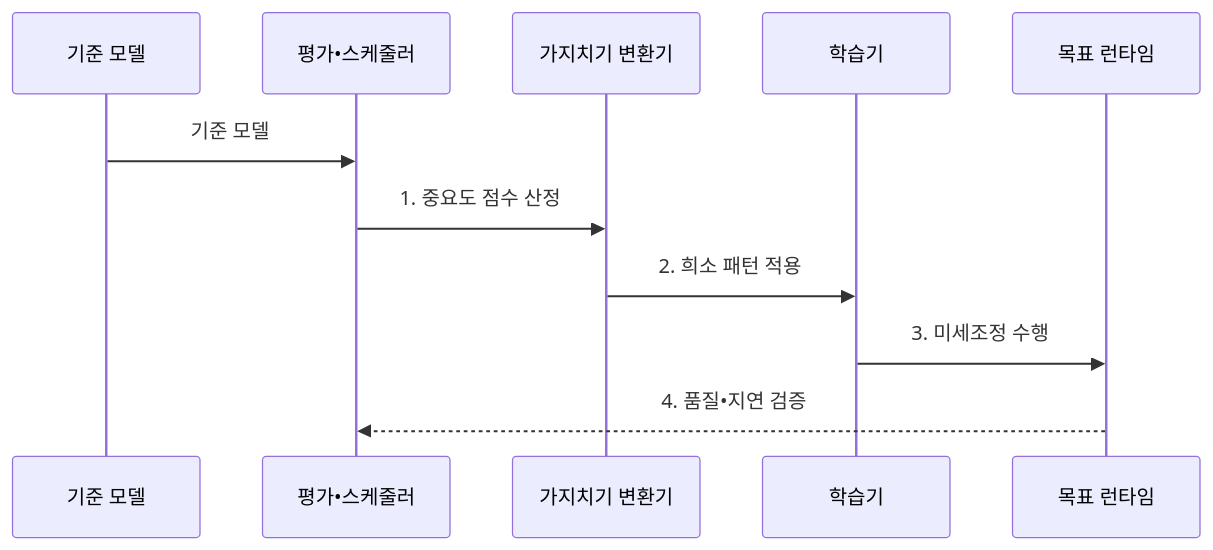
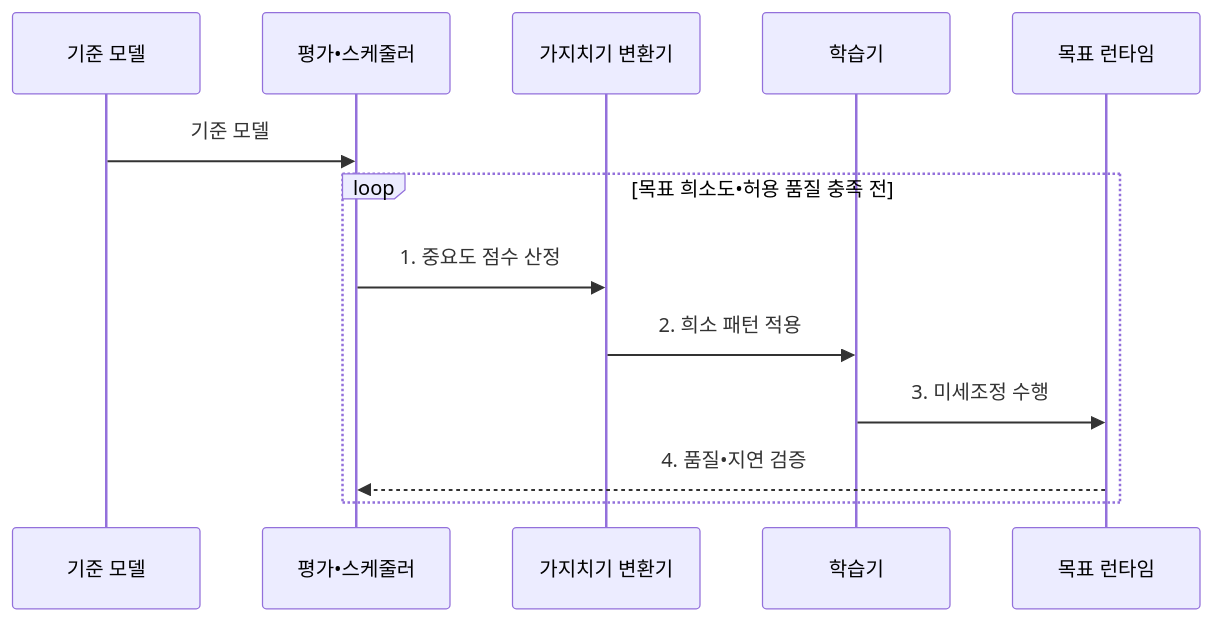
The second of 2 diagrams in src/content/docs/notes/08-latest-tech/055_model_pruning.md (agnusdei1207/knowledge-base), drawn with Mermaid before and after one commit. The commit also changed other lines of this file and 15 other files, not shown here.

````diff
--- a/src/content/docs/notes/08-latest-tech/055_model_pruning.md
+++ b/src/content/docs/notes/08-latest-tech/055_model_pruning.md
@@ -107,13 +107,15 @@
 ```mermaid
 sequenceDiagram
     participant B as 기준 모델
     participant E as 평가•스케줄러
     participant P as 가지치기 변환기
     participant T as 학습기
     participant R as 목표 런타임
     B->>E: 기준 모델
-    E->>P: 1. 중요도 점수 산정
-    P->>T: 2. 희소 패턴 적용
-    T->>R: 3. 미세조정 수행
-    R-->>E: 4. 품질•지연 검증
+    loop 목표 희소도•허용 품질 충족 전
+        E->>P: 1. 중요도 점수 산정
+        P->>T: 2. 희소 패턴 적용
+        T->>R: 3. 미세조정 수행
+        R-->>E: 4. 품질•지연 검증
+    end
 ```
````
